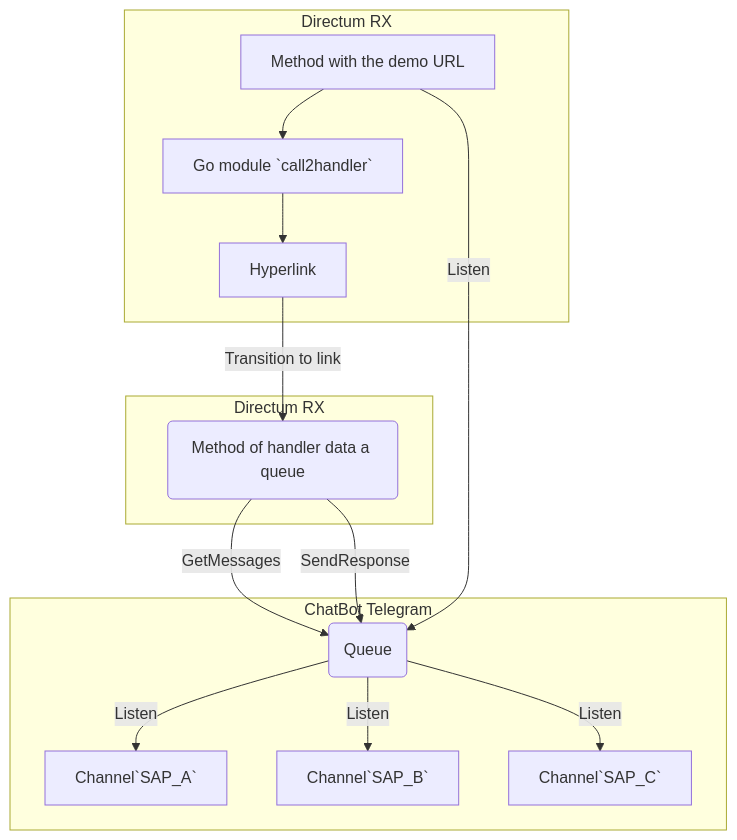
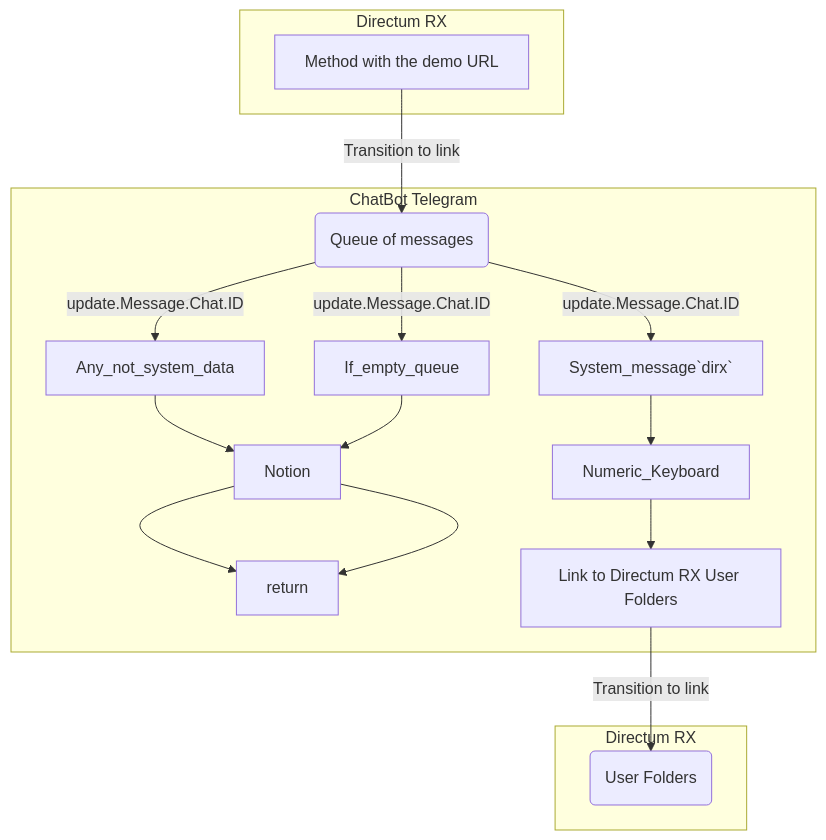
One commit to blablatov/dirx2telegabot changed the diagram in README.md. Above: the diagram before and after it, drawn with Mermaid. The commit also changed other lines of this file and 1 other file, not shown here.

Commit message:
Exchange from DirectumRX with chatbot Telegram

````diff
--- a/README.md
+++ b/README.md
@@ -24,25 +24,20 @@
 ```mermaid
 graph TB
 
   SubGraph1Flow
   subgraph "ChatBot Telegram"
-  SubGraph1Flow(Queue)
-  SubGraph1Flow -- Listen --> Channel`SAP_A`
-  SubGraph1Flow -- Listen --> Channel`SAP_B`
-  SubGraph1Flow -- Listen --> Channel`SAP_C`
-
+  SubGraph1Flow(Queue of messages)
+  SubGraph1Flow -- update.Message.Chat.ID --> Any_not_system_data --> Notion -->return
+  SubGraph1Flow -- update.Message.Chat.ID --> System_message`dirx`--> Numeric_Keyboard --> Node2
+  SubGraph1Flow -- update.Message.Chat.ID --> If_empty_queue --> Notion --> return
   end
  
-  SubGraph2
   subgraph "Directum RX"
-  SubGraph2Flow(Method of handler data a queue)
-  SubGraph2Flow -- GetMessages --> SubGraph1Flow
-  SubGraph2Flow -- SendResponse --> SubGraph1Flow
+  SubGraph2Flow(User Folders)
   end
 
   subgraph "Directum RX"
-  Node1[Method with the demo URL] -- Listen --> SubGraph1Flow
-  Node1 --> Node2[Go module `call2handler`] --> SubGraph2[Hyperlink] -- Transition to link --> SubGraph2Flow  
-
+  Node1[Method with the demo URL] -- Transition to link --> SubGraph1Flow
+  Node2[Link to Directum RX User Folders] -- Transition to link --> SubGraph2Flow
 end
 ```   
````
